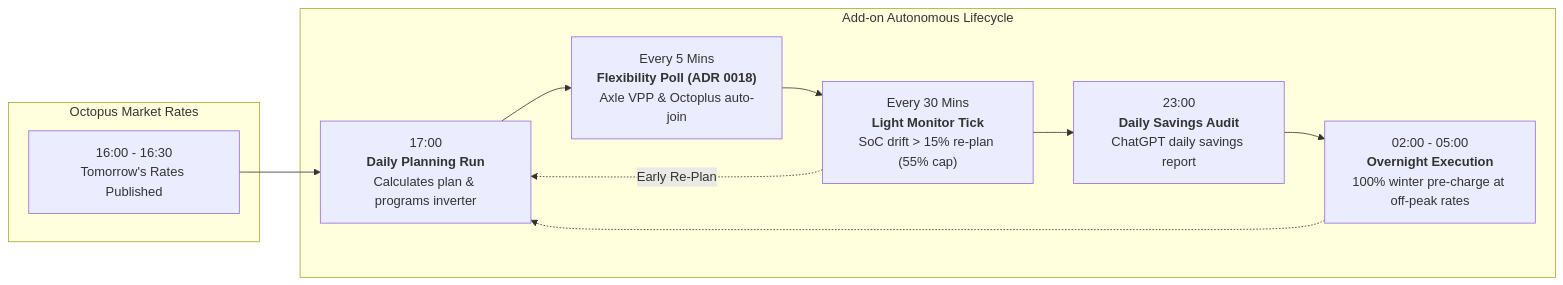
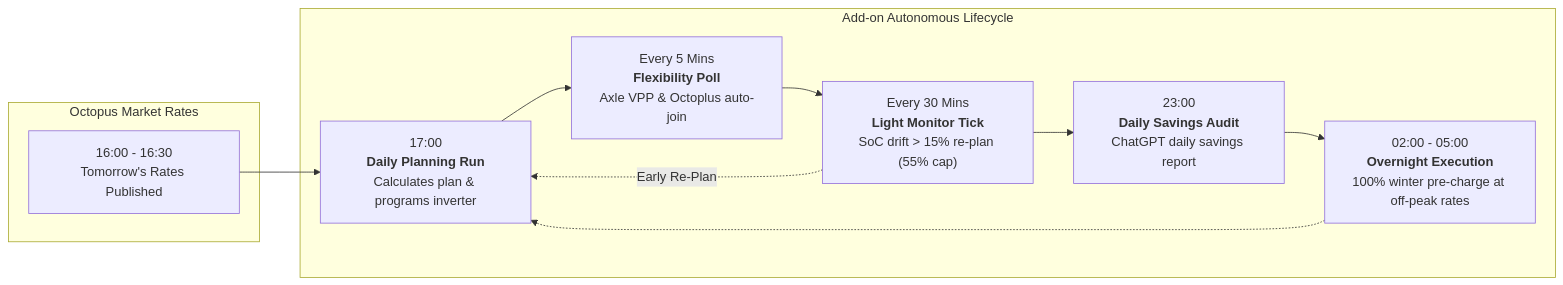
Before and after one commit to revhawk/GivEnergy_Tracker: the first of 2 diagrams in ha-addon/DOCS.md, drawn with Mermaid. The commit also changed other lines of this file and 9 other files, not shown here.

````diff
--- a/ha-addon/DOCS.md
+++ b/ha-addon/DOCS.md
@@ -57,22 +57,22 @@
 ```mermaid
 flowchart LR
     subgraph Market["Octopus Market Rates"]
         Rates["16:00 - 16:30<br/>Tomorrow's Rates Published"]
     end
 
     subgraph Addon["Add-on Autonomous Lifecycle"]
         Plan["17:00<br/><b>Daily Planning Run</b><br/>Calculates plan & programs inverter"]
-        Flex["Every 5 Mins<br/><b>Flexibility Poll (ADR 0018)</b><br/>Axle VPP & Octoplus auto-join"]
+        Flex["Every 5 Mins<br/><b>Flexibility Poll</b><br/>Axle VPP & Octoplus auto-join"]
         Drift["Every 30 Mins<br/><b>Light Monitor Tick</b><br/>SoC drift > 15% re-plan (55% cap)"]
         Audit["23:00<br/><b>Daily Savings Audit</b><br/>ChatGPT daily savings report"]
         Charge["02:00 - 05:00<br/><b>Overnight Execution</b><br/>100% winter pre-charge at off-peak rates"]
     end
 
     Rates --> Plan
     Plan --> Flex
     Flex --> Drift
     Drift -.->|Early Re-Plan| Plan
     Drift --> Audit
     Audit --> Charge
     Charge -.-> Plan
 ```
````
